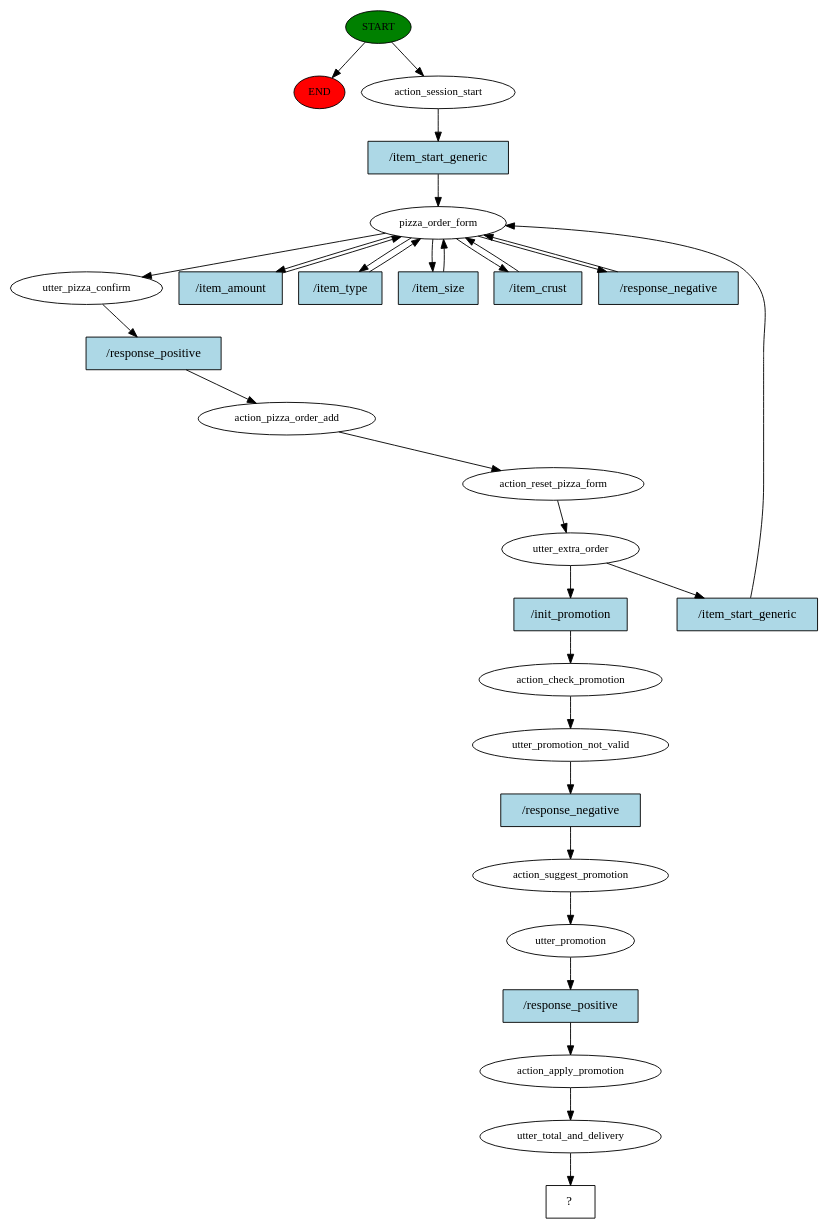
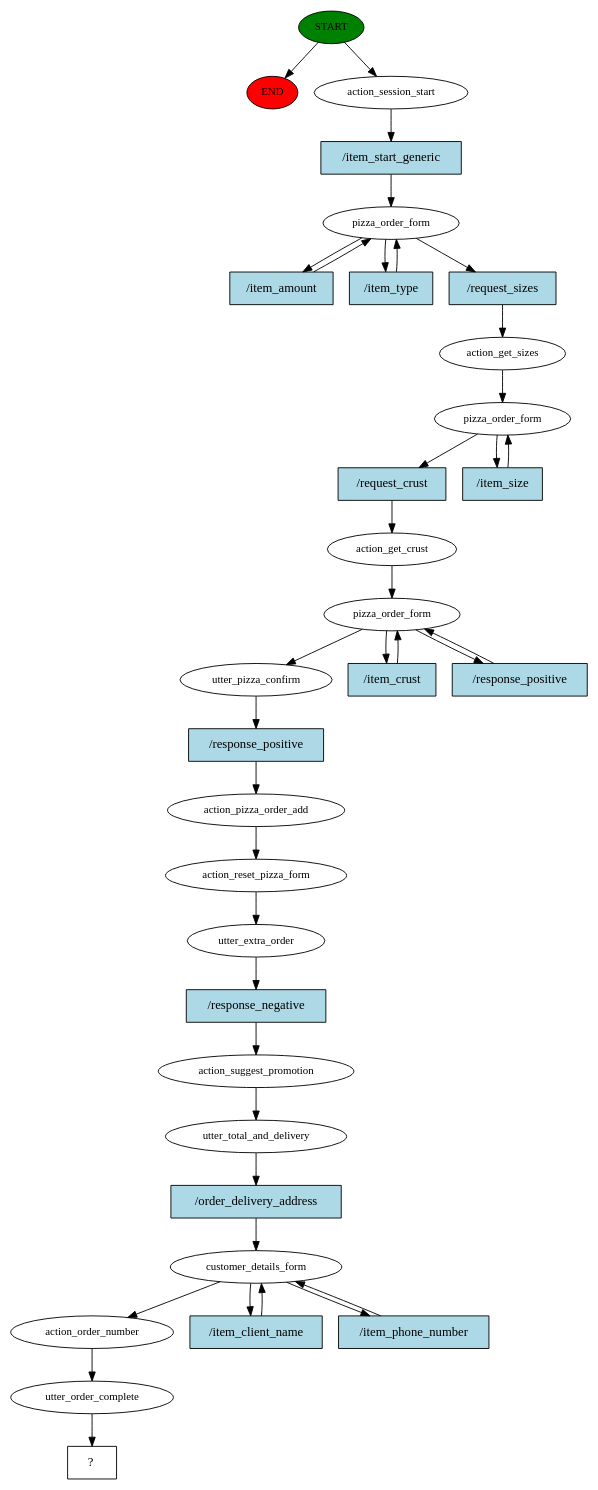
The diagram in story_graph.dot (pasterzewa/HMD-PizzaBot-project), drawn with Graphviz before and after one commit. The commit also changed 426 other files, not shown here.

```diff
--- a/story_graph.dot
+++ b/story_graph.dot
@@ -1,59 +1,70 @@
 digraph  {
 0 [class="start active", fillcolor=green, fontsize=12, label=START, style=filled];
 "-1" [class=end, fillcolor=red, fontsize=12, label=END, style=filled];
 1 [class=active, fontsize=12, label=action_session_start];
 2 [class=active, fontsize=12, label=pizza_order_form];
-8 [class=active, fontsize=12, label=utter_pizza_confirm];
-9 [class=active, fontsize=12, label=action_pizza_order_add];
-10 [class=active, fontsize=12, label=action_reset_pizza_form];
-11 [class=active, fontsize=12, label=utter_extra_order];
-21 [class=active, fontsize=12, label=action_check_promotion];
-22 [class=active, fontsize=12, label=utter_promotion_not_valid];
-23 [class=active, fontsize=12, label=action_suggest_promotion];
-24 [class=active, fontsize=12, label=utter_promotion];
-25 [class=active, fontsize=12, label=action_apply_promotion];
-26 [class=active, fontsize=12, label=utter_total_and_delivery];
-27 [class="intent dashed active", label="  ?  ", shape=rect];
-28 [class="intent active", fillcolor=lightblue, label="/item_start_generic", shape=rect, style=filled];
-29 [class="intent active", fillcolor=lightblue, label="/item_amount", shape=rect, style=filled];
-30 [class="intent active", fillcolor=lightblue, label="/item_type", shape=rect, style=filled];
-31 [class="intent active", fillcolor=lightblue, label="/item_size", shape=rect, style=filled];
-32 [class="intent active", fillcolor=lightblue, label="/item_crust", shape=rect, style=filled];
+5 [class=active, fontsize=12, label=action_get_sizes];
+6 [class=active, fontsize=12, label=pizza_order_form];
+8 [class=active, fontsize=12, label=action_get_crust];
+9 [class=active, fontsize=12, label=pizza_order_form];
+12 [class=active, fontsize=12, label=utter_pizza_confirm];
+13 [class=active, fontsize=12, label=action_pizza_order_add];
+14 [class=active, fontsize=12, label=action_reset_pizza_form];
+15 [class=active, fontsize=12, label=utter_extra_order];
+16 [class=active, fontsize=12, label=action_suggest_promotion];
+17 [class=active, fontsize=12, label=utter_total_and_delivery];
+18 [class=active, fontsize=12, label=customer_details_form];
+21 [class=active, fontsize=12, label=action_order_number];
+22 [class=active, fontsize=12, label=utter_order_complete];
+23 [class="intent dashed active", label="  ?  ", shape=rect];
+24 [class="intent active", fillcolor=lightblue, label="/item_start_generic", shape=rect, style=filled];
+25 [class="intent active", fillcolor=lightblue, label="/item_amount", shape=rect, style=filled];
+26 [class="intent active", fillcolor=lightblue, label="/item_type", shape=rect, style=filled];
+27 [class="intent active", fillcolor=lightblue, label="/request_sizes", shape=rect, style=filled];
+28 [class="intent active", fillcolor=lightblue, label="/request_crust", shape=rect, style=filled];
+29 [class="intent active", fillcolor=lightblue, label="/item_size", shape=rect, style=filled];
+30 [class="intent active", fillcolor=lightblue, label="/item_crust", shape=rect, style=filled];
+31 [class="intent active", fillcolor=lightblue, label="/response_positive", shape=rect, style=filled];
+32 [class="intent active", fillcolor=lightblue, label="/response_positive", shape=rect, style=filled];
 33 [class="intent active", fillcolor=lightblue, label="/response_negative", shape=rect, style=filled];
-34 [class="intent active", fillcolor=lightblue, label="/response_positive", shape=rect, style=filled];
-35 [class="intent active", fillcolor=lightblue, label="/init_promotion", shape=rect, style=filled];
-36 [class="intent active", fillcolor=lightblue, label="/item_start_generic", shape=rect, style=filled];
-37 [class="intent active", fillcolor=lightblue, label="/response_negative", shape=rect, style=filled];
-38 [class="intent active", fillcolor=lightblue, label="/response_positive", shape=rect, style=filled];
+34 [class="intent active", fillcolor=lightblue, label="/order_delivery_address", shape=rect, style=filled];
+35 [class="intent active", fillcolor=lightblue, label="/item_client_name", shape=rect, style=filled];
+36 [class="intent active", fillcolor=lightblue, label="/item_phone_number", shape=rect, style=filled];
 0 -> "-1"  [class="", key=NONE, label=""];
 0 -> 1  [class=active, key=NONE, label=""];
-1 -> 28  [class=active, key=0];
-2 -> 8  [class=active, key=NONE, label=""];
-2 -> 29  [class=active, key=0];
-2 -> 30  [class=active, key=0];
-2 -> 31  [class=active, key=0];
-2 -> 32  [class=active, key=0];
-2 -> 33  [class=active, key=0];
-8 -> 34  [class=active, key=0];
-9 -> 10  [class=active, key=NONE, label=""];
-10 -> 11  [class=active, key=NONE, label=""];
-11 -> 35  [class=active, key=0];
-11 -> 36  [class=active, key=0];
+1 -> 24  [class=active, key=0];
+2 -> 25  [class=active, key=0];
+2 -> 26  [class=active, key=0];
+2 -> 27  [class=active, key=0];
+5 -> 6  [class=active, key=NONE, label=""];
+6 -> 28  [class=active, key=0];
+6 -> 29  [class=active, key=0];
+8 -> 9  [class=active, key=NONE, label=""];
+9 -> 12  [class=active, key=NONE, label=""];
+9 -> 30  [class=active, key=0];
+9 -> 31  [class=active, key=0];
+12 -> 32  [class=active, key=0];
+13 -> 14  [class=active, key=NONE, label=""];
+14 -> 15  [class=active, key=NONE, label=""];
+15 -> 33  [class=active, key=0];
+16 -> 17  [class=active, key=NONE, label=""];
+17 -> 34  [class=active, key=0];
+18 -> 21  [class=active, key=NONE, label=""];
+18 -> 35  [class=active, key=0];
+18 -> 36  [class=active, key=0];
 21 -> 22  [class=active, key=NONE, label=""];
-22 -> 37  [class=active, key=0];
-23 -> 24  [class=active, key=NONE, label=""];
-24 -> 38  [class=active, key=0];
-25 -> 26  [class=active, key=NONE, label=""];
-26 -> 27  [class=active, key=NONE, label=""];
-28 -> 2  [class=active, key=0];
-29 -> 2  [class=active, key=0];
-30 -> 2  [class=active, key=0];
-31 -> 2  [class=active, key=0];
-32 -> 2  [class=active, key=0];
-33 -> 2  [class=active, key=0];
-34 -> 9  [class=active, key=0];
-35 -> 21  [class=active, key=0];
-36 -> 2  [class=active, key=0];
-37 -> 23  [class=active, key=0];
-38 -> 25  [class=active, key=0];
+22 -> 23  [class=active, key=NONE, label=""];
+24 -> 2  [class=active, key=0];
+25 -> 2  [class=active, key=0];
+26 -> 2  [class=active, key=0];
+27 -> 5  [class=active, key=0];
+28 -> 8  [class=active, key=0];
+29 -> 6  [class=active, key=0];
+30 -> 9  [class=active, key=0];
+31 -> 9  [class=active, key=0];
+32 -> 13  [class=active, key=0];
+33 -> 16  [class=active, key=0];
+34 -> 18  [class=active, key=0];
+35 -> 18  [class=active, key=0];
+36 -> 18  [class=active, key=0];
 }
```
